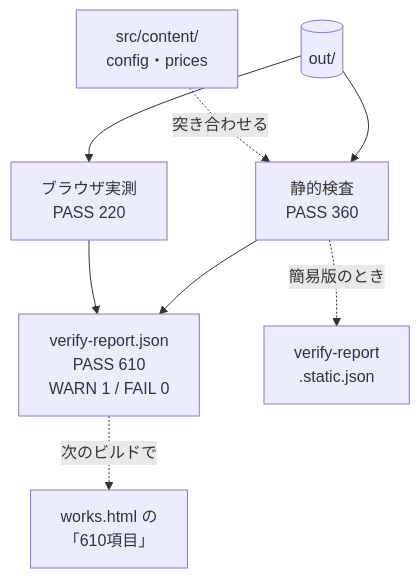
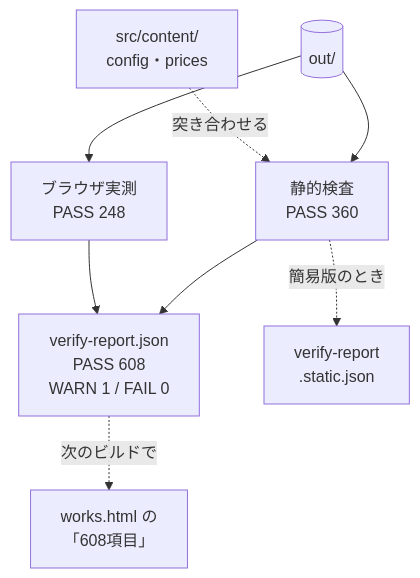
One commit to bright-broom/tsumugi changed the third of 4 diagrams in site/README.md. Above: the diagram before and after it, drawn with Mermaid. The commit also changed other lines of this file and 40 other files, not shown here.

````diff
--- a/site/README.md
+++ b/site/README.md
@@ -59,10 +68,10 @@
 ```mermaid
 flowchart TD
   out[("out/")] --> st["静的検査<br/>PASS 360"]
-  out --> br["ブラウザ実測<br/>PASS 220"]
+  out --> br["ブラウザ実測<br/>PASS 248"]
   content["src/content/<br/>config・prices"] -.->|突き合わせる| st
-  st --> full["verify-report.json<br/>PASS 610<br/>WARN 1 / FAIL 0"]
+  st --> full["verify-report.json<br/>PASS 608<br/>WARN 1 / FAIL 0"]
   br --> full
   st -.->|簡易版のとき| static["verify-report<br/>.static.json"]
-  full -.->|次のビルドで| works["works.html の<br/>「610項目」"]
+  full -.->|次のビルドで| works["works.html の<br/>「608項目」"]
 ```
````
